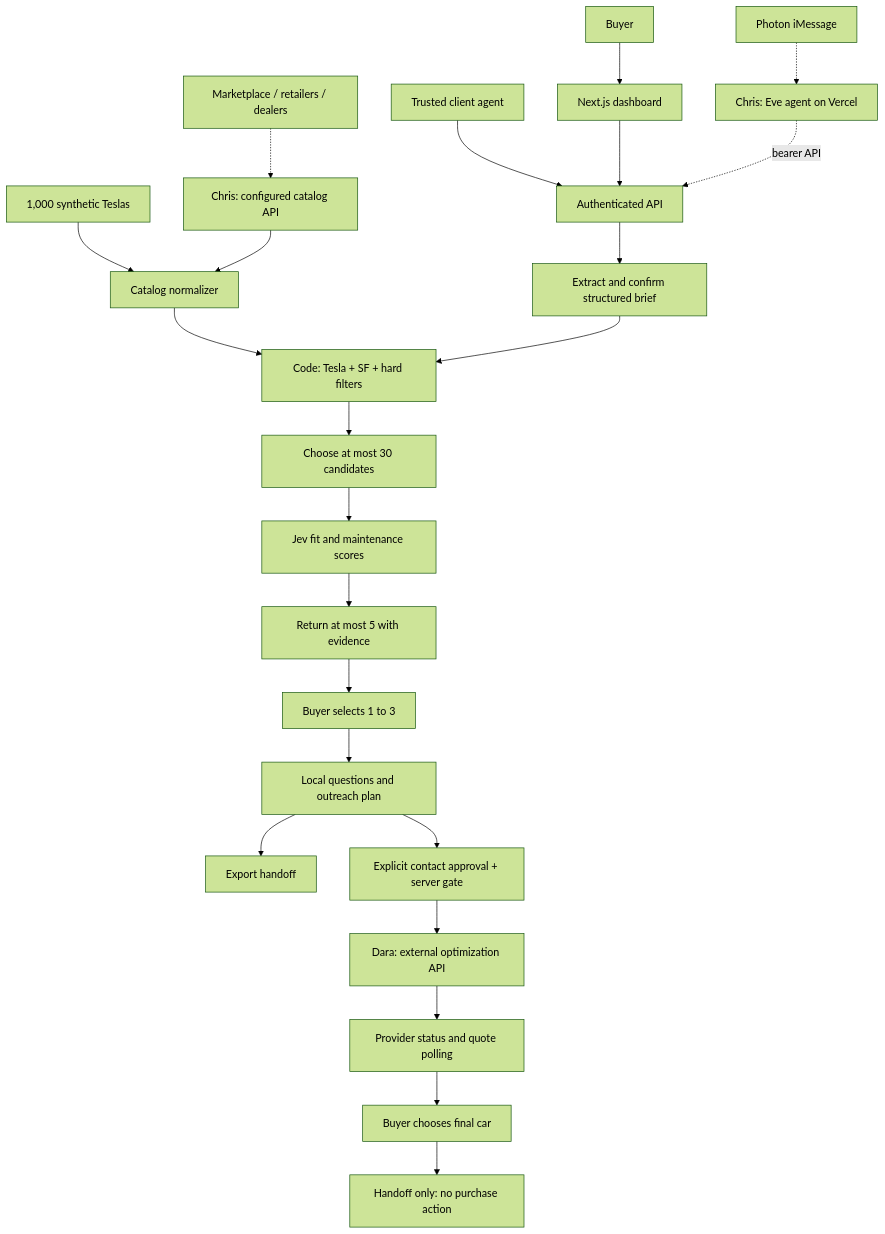
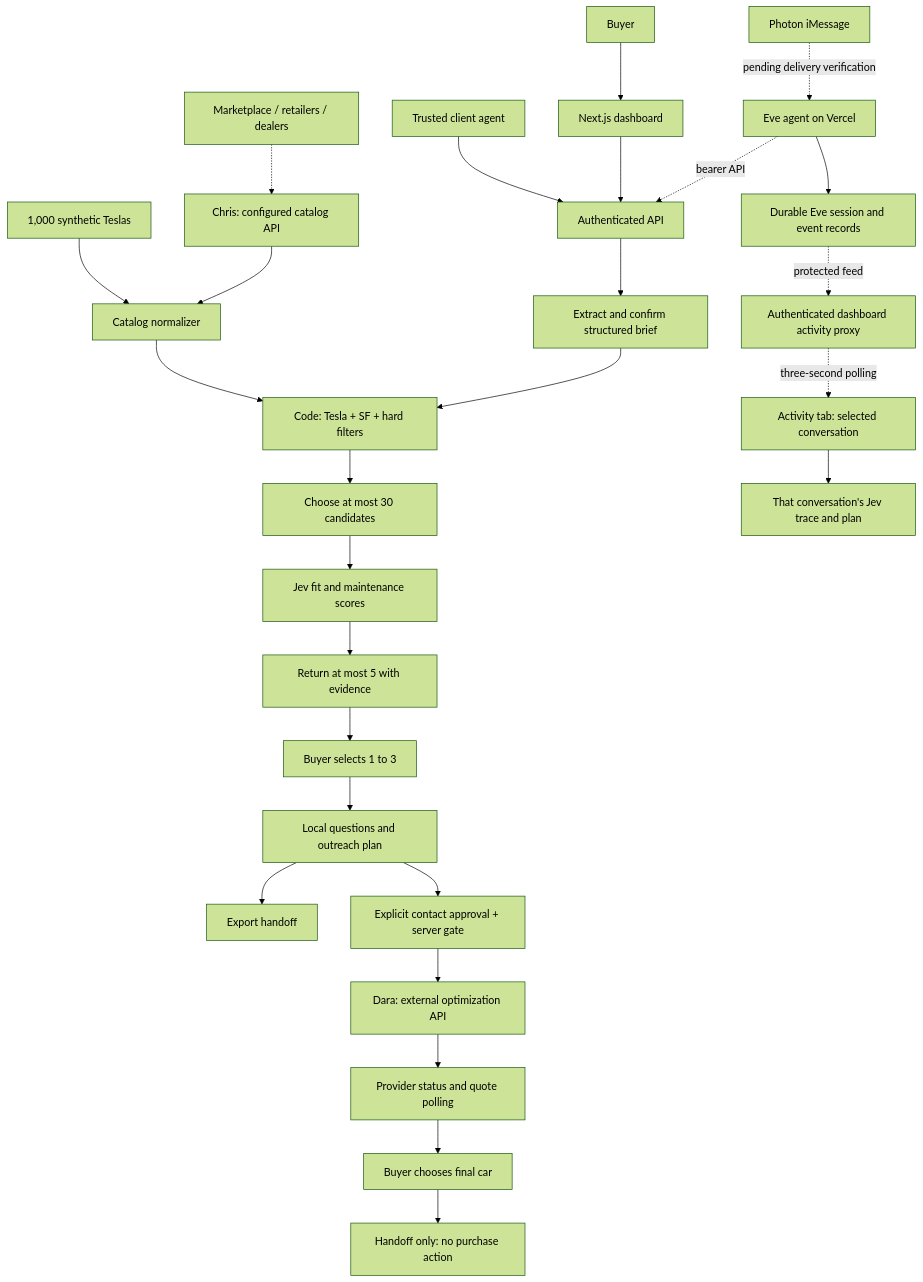
One commit to benikigai/JEVgotiator changed the first of 2 diagrams in BUILD-SPEC.md. Above: the diagram before and after it, drawn with Mermaid (forest theme). The commit also changed other lines of this file and 18 other files, not shown here.

Commit message:
Show live Eve conversations and Jev evidence in the dashboard

````diff
--- a/BUILD-SPEC.md
+++ b/BUILD-SPEC.md
@@ -24,25 +27,29 @@
 ```mermaid
 flowchart TD
     Buyer[Buyer] --> Web[Next.js dashboard]
     Client[Trusted client agent] --> API[Authenticated API]
     Web --> API
-    Photon[Photon iMessage] -.-> Eve[Chris: Eve agent on Vercel]
+    Photon[Photon iMessage] -. pending delivery verification .-> Eve[Eve agent on Vercel]
     Eve -. bearer API .-> API
+    Eve --> Records[Durable Eve session and event records]
+    Records -. protected feed .-> Proxy[Authenticated dashboard activity proxy]
+    Proxy -. three-second polling .-> Activity[Activity tab: selected conversation]
     API --> Brief[Extract and confirm structured brief]
     Fixture[1,000 synthetic Teslas] --> Catalog[Catalog normalizer]
     Chris[Chris: configured catalog API] --> Catalog
     Sources[Marketplace / retailers / dealers] -.-> Chris
     Catalog --> Filter[Code: Tesla + SF + hard filters]
     Brief --> Filter
     Filter --> Cap[Choose at most 30 candidates]
     Cap --> Jev[Jev fit and maintenance scores]
     Jev --> Top[Return at most 5 with evidence]
     Top --> Select[Buyer selects 1 to 3]
     Select --> Plan[Local questions and outreach plan]
     Plan --> Export[Export handoff]
+    Activity --> Trace[That conversation's Jev trace and plan]
     Plan --> Gate[Explicit contact approval + server gate]
     Gate --> Dara[Dara: external optimization API]
     Dara --> Quotes[Provider status and quote polling]
     Quotes --> Choice[Buyer chooses final car]
     Choice --> Handoff[Handoff only: no purchase action]
 ```
````
